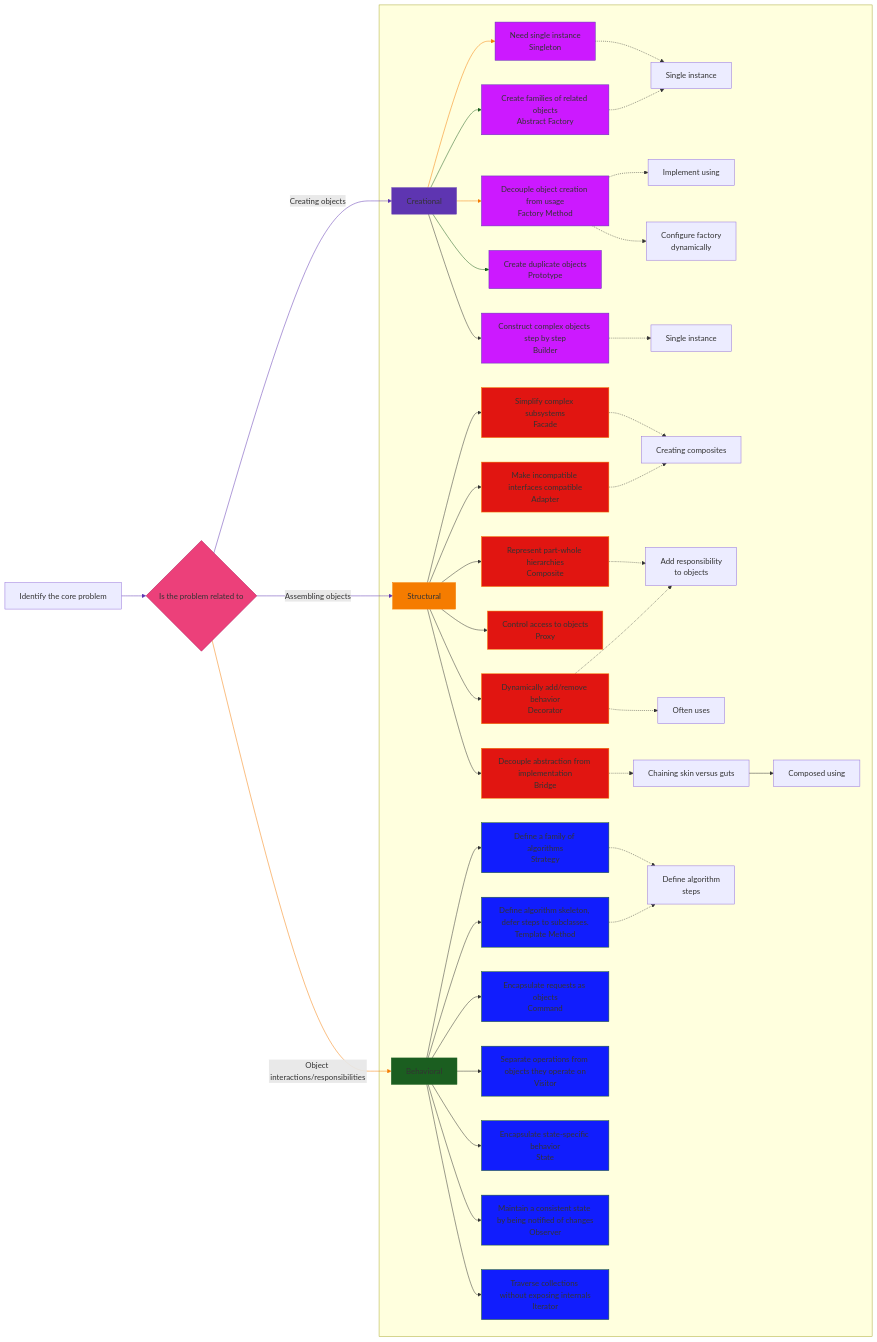
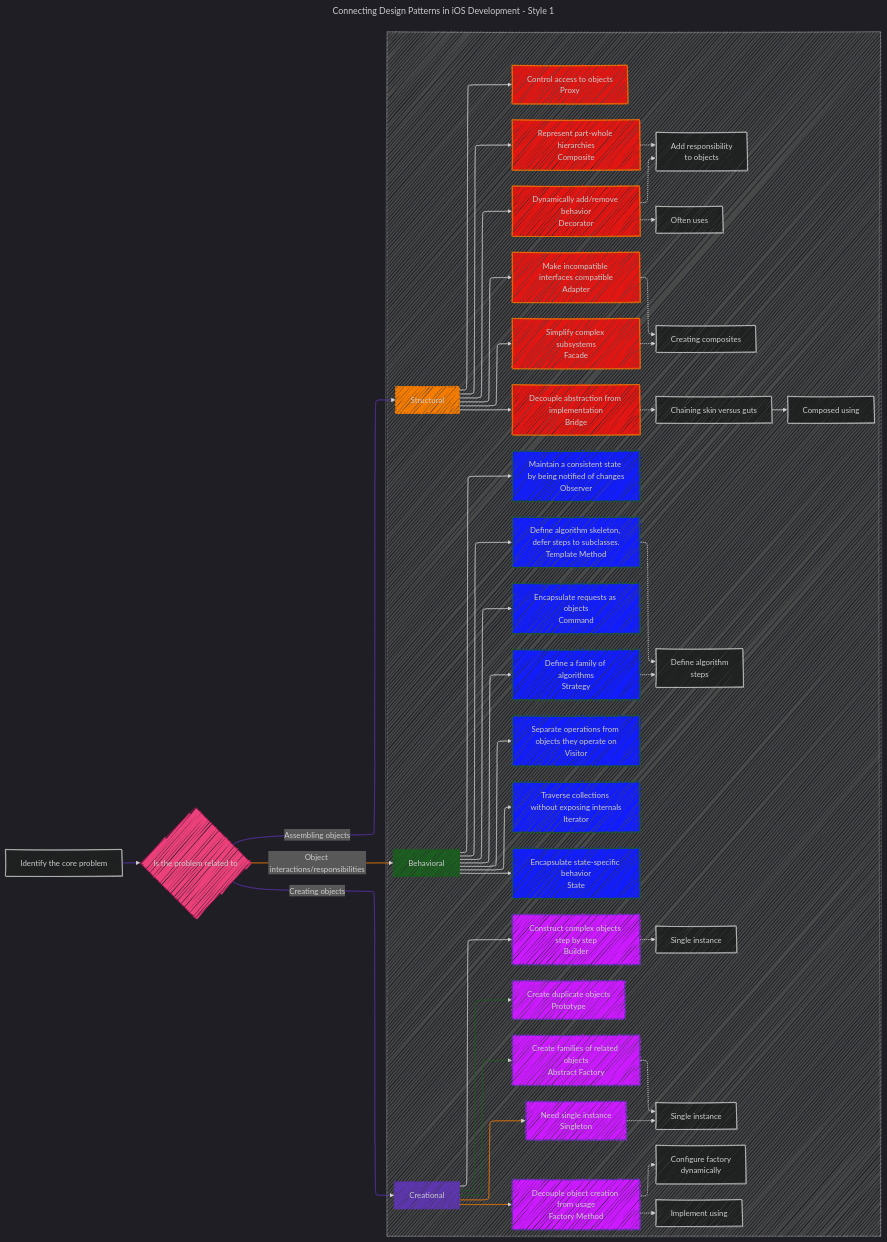
Before and after one commit to CongLeSolutionX/iOS-development-vault: the first of 3 diagrams in Design_Patterns/Connecting_Design_Patterns.md, drawn with Mermaid. The commit also changed other lines of this file and 6 other files, not shown here.

````diff
--- a/Design_Patterns/Connecting_Design_Patterns.md
+++ b/Design_Patterns/Connecting_Design_Patterns.md
@@ -18,4 +18,11 @@
 ```mermaid
+---
+title: Connecting Design Patterns in iOS Development - Style 1
+config:
+  layout: elk
+  look: handDrawn
+  theme: dark
+---
 graph LR
     A[Identify the core problem] --> B{Is the problem related to}
     B -- Creating objects --> C[Creational]
````
